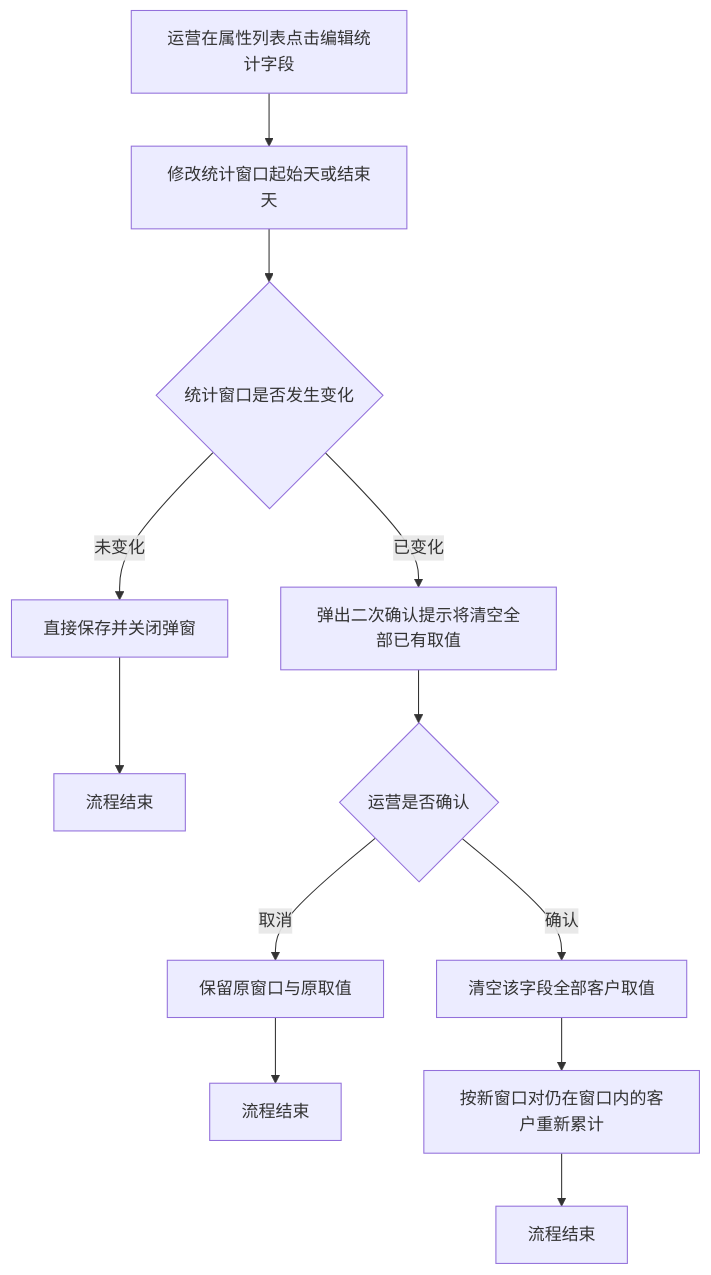
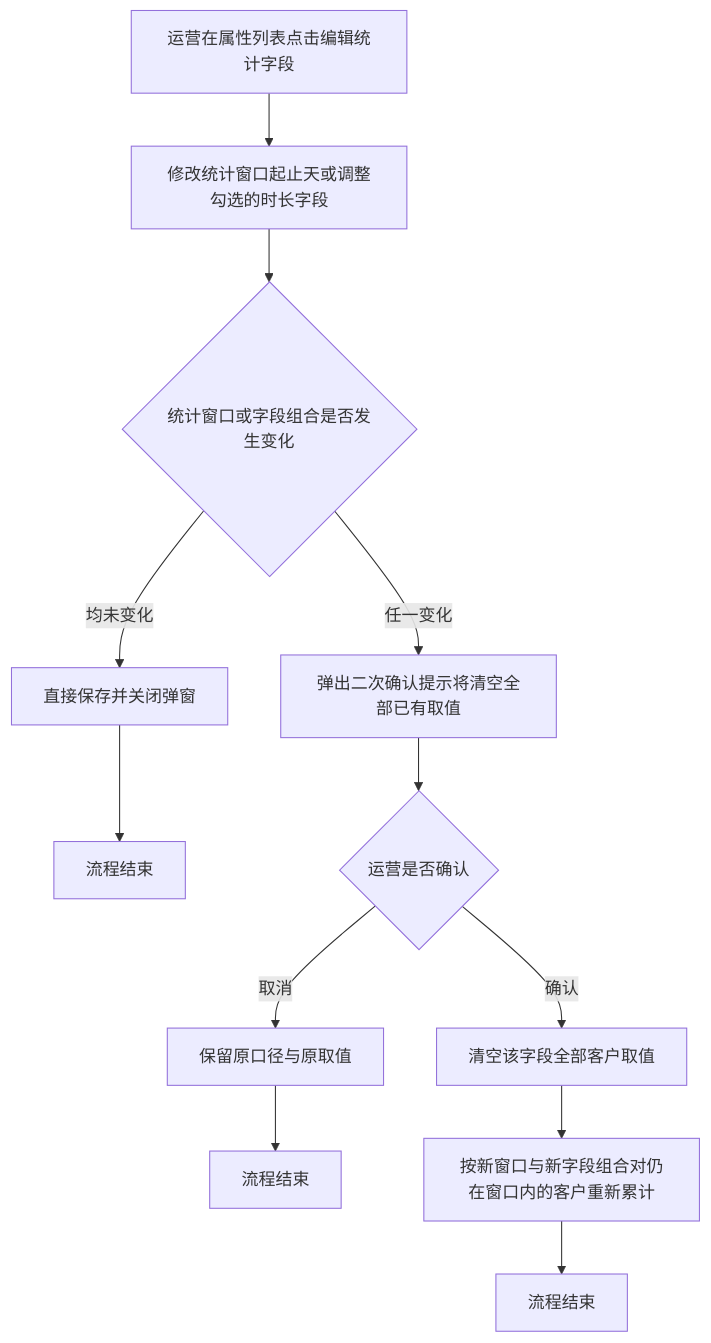
The second of 2 diagrams in 自定义统计周期学习时长字段/PRD-自定义统计周期学习时长字段.md (Leo-ai05/prototypes), drawn with Mermaid before and after one commit. The commit also changed other lines of this file and 23 other files, not shown here.

````diff
--- a/自定义统计周期学习时长字段/PRD-自定义统计周期学习时长字段.md
+++ b/自定义统计周期学习时长字段/PRD-自定义统计周期学习时长字段.md
@@ -60,14 +63,14 @@
 ```mermaid
 flowchart TD
-    M[运营在属性列表点击编辑统计字段] --> N[修改统计窗口起始天或结束天]
-    N --> O{统计窗口是否发生变化}
-    O -->|未变化| P[直接保存并关闭弹窗]
-    P --> Q1[流程结束]
-    O -->|已变化| R[弹出二次确认提示将清空全部已有取值]
-    R --> S{运营是否确认}
-    S -->|取消| T[保留原窗口与原取值]
-    T --> Q2[流程结束]
-    S -->|确认| U[清空该字段全部客户取值]
-    U --> V[按新窗口对仍在窗口内的客户重新累计]
-    V --> Q3[流程结束]
+    N[运营在属性列表点击编辑统计字段] --> O[修改统计窗口起止天或调整勾选的时长字段]
+    O --> P{统计窗口或字段组合是否发生变化}
+    P -->|均未变化| Q[直接保存并关闭弹窗]
+    Q --> R1[流程结束]
+    P -->|任一变化| S[弹出二次确认提示将清空全部已有取值]
+    S --> T{运营是否确认}
+    T -->|取消| U[保留原口径与原取值]
+    U --> R2[流程结束]
+    T -->|确认| V[清空该字段全部客户取值]
+    V --> W[按新窗口与新字段组合对仍在窗口内的客户重新累计]
+    W --> R3[流程结束]
 ```
````
